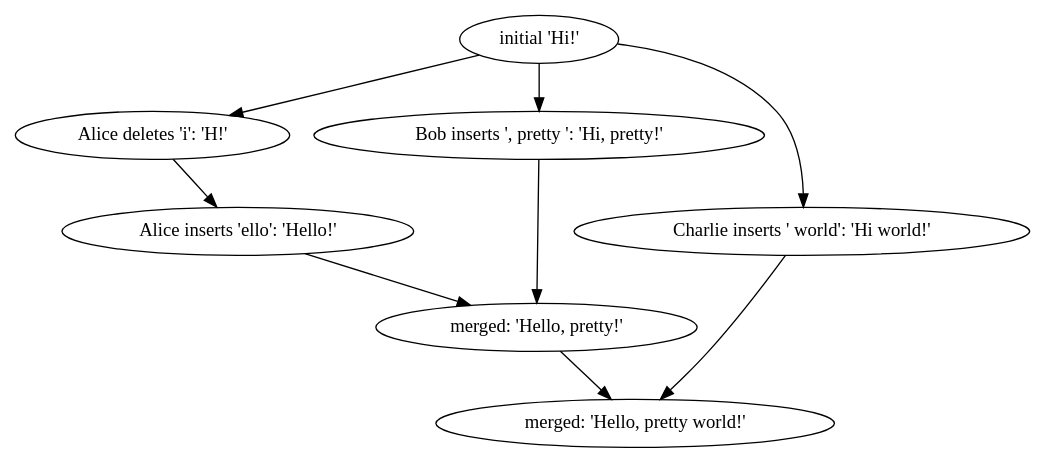
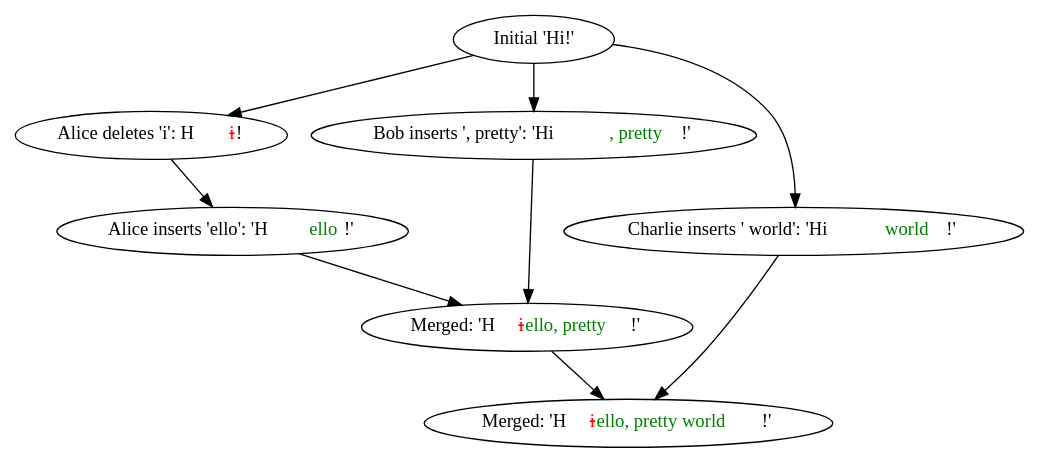
One commit to kindone/text-versioncontrol changed the diagram in doc/introduction.dot. Above: the diagram before and after it, drawn with Graphviz. The commit also changed 3 other files, not shown here.

Commit message:
dot graphics: jpg to svg attempt

```diff
--- a/doc/introduction.dot
+++ b/doc/introduction.dot
@@ -1,14 +1,15 @@
 digraph introduction {
-  initial [label="initial 'Hi!'"]
-  alice_rev0 [label="Alice deletes 'i': 'H!'"]
-  alice_rev1 [label="Alice inserts 'ello': 'Hello!'"]
-  bob_rev0 [label="Bob inserts ', pretty ': 'Hi, pretty!'"]
-  charlie_rev0 [label="Charlie inserts ' world': 'Hi world!'"]
-  merged1 [label="merged: 'Hello, pretty!'"]
-  merged2 [label="merged: 'Hello, pretty world!'"]
+  //node [fontname=Arial];
+  initial [label="Initial 'Hi!'"]
+  alice_rev0 [label=<Alice deletes 'i': H<font color='red'><s>i</s></font>!>]
+  alice_rev1 [label=<Alice inserts 'ello': 'H<font color='green'>ello</font>!'>]
+  bob_rev0 [label=<Bob inserts ', pretty': 'Hi<font color='green'>, pretty</font>!'>]
+  charlie_rev0 [label=<Charlie inserts ' world': 'Hi<font color='green'> world</font>!'>]
+  merged1 [label=<Merged: 'H<font color='red'><s>i</s></font><font color='green'>ello, pretty</font>!'>]
+  merged2 [label=<Merged: 'H<font color='red'><s>i</s></font><font color='green'>ello, pretty world</font>!'>]
 
   initial -> alice_rev0 -> alice_rev1 -> merged1;
   initial -> bob_rev0 -> merged1;
   merged1 -> merged2
   initial -> charlie_rev0 -> merged2
 }
```
